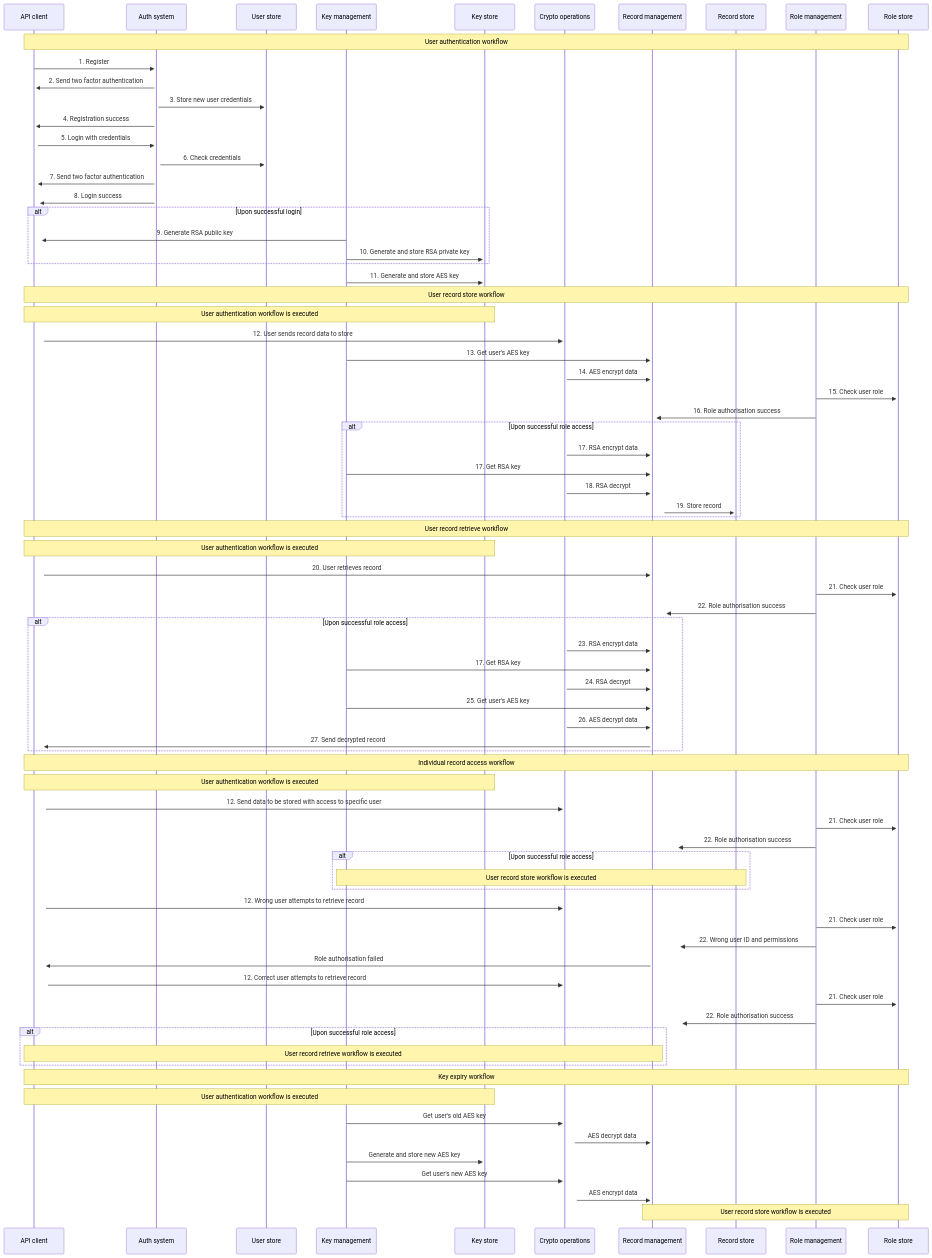
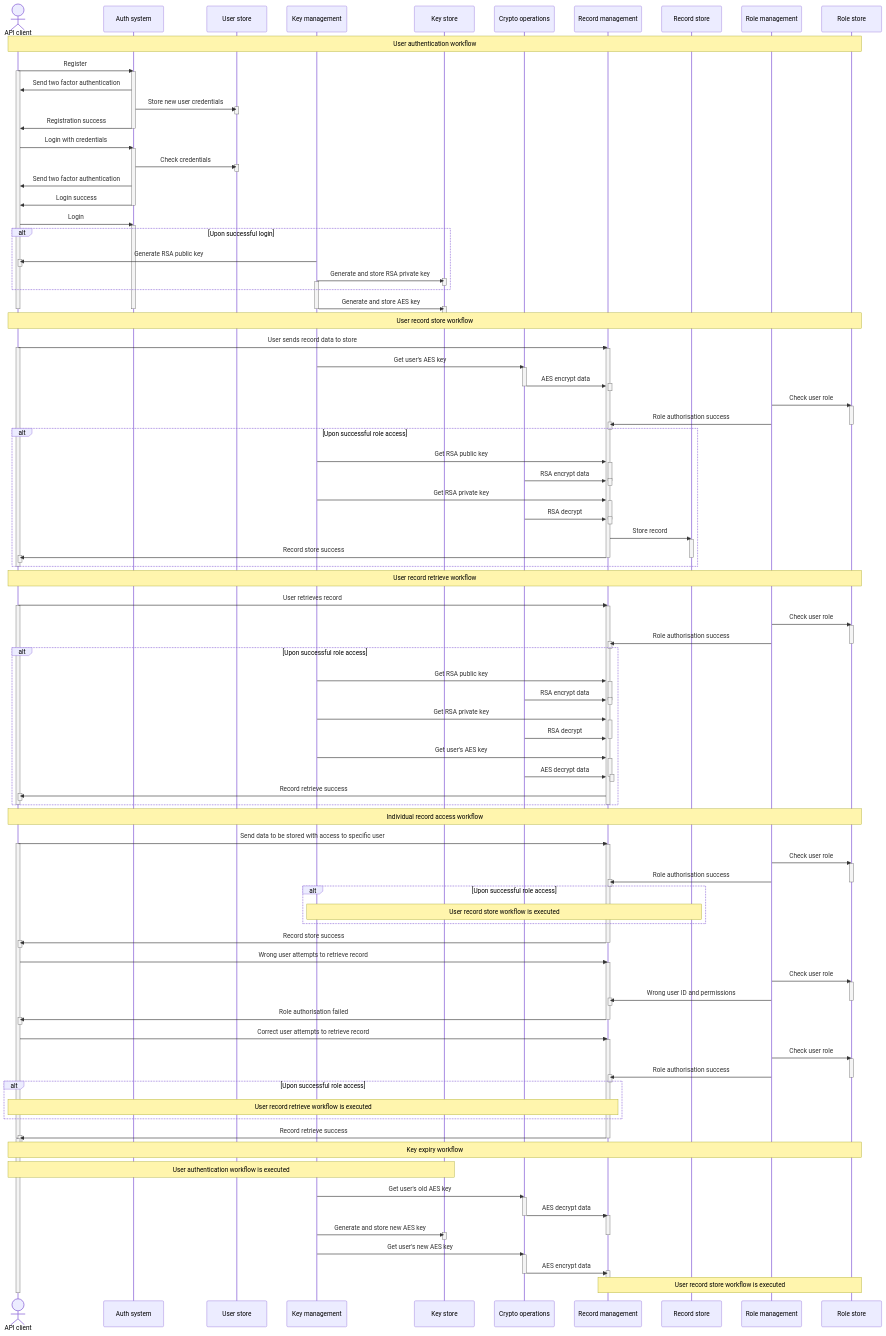
Before and after one commit to iArcanic/iss-cw: the diagram in docs/iss-sequence-diagram.mmd, drawn with Mermaid. The commit also changed 2 other files, not shown here.

Commit message:
Added more detail to README and fixed sequence diagram

```diff
--- a/docs/iss-sequence-diagram.mmd
+++ b/docs/iss-sequence-diagram.mmd
@@ -1,87 +1,192 @@
 sequenceDiagram
-    participant user as API client
+    actor user as API client
     participant auth as Auth system
     participant user_store as User store
     participant key_management as Key management
     participant key_store as Key store
     participant crypto as Crypto operations
     participant record_management as Record management
     participant record_store as Record store
     participant role_management as Role management
     participant role_store as Role store
 
     %% User auth workflow
     Note over user,role_store: User authentication workflow
-    user->>+auth: 1. Register
-    auth->>+user: 2. Send two factor authentication
-    auth->>+user_store: 3. Store new user credentials
-    auth->>+user: 4. Registration success
-    user->>+auth: 5. Login with credentials
-    auth->>+user_store: 6. Check credentials
-    auth->>+user: 7. Send two factor authentication
-    auth->>+user: 8. Login success
+    user->>auth: Register
+    activate user
+    activate auth
+    auth->>user: Send two factor authentication
+    auth->>user_store: Store new user credentials
+    activate user_store
+    deactivate user_store
+    auth->>user: Registration success
+    deactivate auth
+    user->>auth: Login with credentials
+    activate auth
+    auth->>user_store: Check credentials
+    activate user_store
+    deactivate user_store
+    auth->>user: Send two factor authentication
+    auth->>user: Login success
+    deactivate auth
+    user->>auth: Login
+    activate auth
     alt Upon successful login
-        key_management->>+user: 9. Generate RSA public key
-        key_management->>+key_store: 10. Generate and store RSA private key
+        key_management->>user: Generate RSA public key
+        activate user
+        deactivate user
+        key_management->>key_store: Generate and store RSA private key
+        activate key_store
+        deactivate key_store
+        activate key_management
     end
-    key_management->>+key_store: 11. Generate and store AES key
+    key_management->>key_store: Generate and store AES key
+    activate key_store
+    deactivate key_store
+    deactivate key_management
+    deactivate auth
+    deactivate user
 
     %% Record store workflow
     Note over user,role_store: User record store workflow
-    Note over user,key_store: User authentication workflow is executed
-    user->>+crypto: 12. User sends record data to store
-    key_management->>+record_management: 13. Get user's AES key
-    crypto->>+record_management: 14. AES encrypt data
-    role_management->>+role_store: 15. Check user role
-    role_management->>+record_management: 16. Role authorisation success
+    user->>record_management: User sends record data to store
+    activate user
+    activate record_management
+    key_management->>crypto: Get user's AES key
+    activate crypto
+    crypto->>record_management: AES encrypt data
+    deactivate crypto
+    activate record_management
+    deactivate record_management
+    role_management->>role_store: Check user role
+    activate role_store
+    role_management->>record_management: Role authorisation success
+    activate record_management
+    deactivate record_management
+    deactivate role_store
     alt Upon successful role access
-        crypto->>+record_management: 17. RSA encrypt data
-        key_management->>+record_management: 17. Get RSA key
-        crypto->>+record_management: 18. RSA decrypt
-        record_management->>+record_store: 19. Store record
+        key_management->>record_management: Get RSA public key
+        activate record_management
+        crypto->>record_management: RSA encrypt data
+        deactivate record_management
+        activate record_management
+        deactivate record_management
+        key_management->>record_management: Get RSA private key
+        activate record_management
+        crypto->>record_management: RSA decrypt
+        deactivate record_management
+        activate record_management
+        deactivate record_management
+        record_management->>record_store: Store record
+        activate record_store
+        record_management->>user: Record store success
+        activate user
+        deactivate user
+        deactivate record_store
+        deactivate record_management
     end
+    deactivate user
 
     %% Record retrieve workflow
     Note over user,role_store: User record retrieve workflow
-    Note over user,key_store: User authentication workflow is executed
-    user->>+record_management: 20. User retrieves record
-    role_management->>+role_store: 21. Check user role
-    role_management->>+record_management: 22. Role authorisation success
+    user->>record_management: User retrieves record
+    activate user
+    activate record_management
+    role_management->>role_store: Check user role
+    activate role_store
+    role_management->>record_management: Role authorisation success
+    activate record_management
+    deactivate record_management
+    deactivate role_store
     alt Upon successful role access
-        crypto->>+record_management: 23. RSA encrypt data
-        key_management->>+record_management: 17. Get RSA key
-        crypto->>+record_management: 24. RSA decrypt
-        key_management->>+record_management: 25. Get user's AES key
-        crypto->>+record_management: 26. AES decrypt data
-        record_management->>+user: 27. Send decrypted record
+        key_management->>record_management: Get RSA public key
+        activate record_management
+        crypto->>record_management: RSA encrypt data
+        deactivate record_management
+        activate record_management
+        deactivate record_management
+        key_management->>record_management: Get RSA private key
+        activate record_management
+        crypto->>record_management: RSA decrypt
+        deactivate record_management
+        key_management->>record_management: Get user's AES key
+        activate record_management
+        crypto->>record_management: AES decrypt data
+        activate record_management
+        deactivate record_management
+        deactivate record_management
+        record_management->>user: Record retrieve success
+        activate user
+        deactivate user
     end
+    deactivate user
+    deactivate record_management
 
     %% Individual record access workflow
     Note over user,role_store: Individual record access workflow
-    Note over user,key_store: User authentication workflow is executed
-    user->>+crypto: 12. Send data to be stored with access to specific user
-    role_management->>+role_store: 21. Check user role
-    role_management->>+record_management: 22. Role authorisation success
+    user->>record_management: Send data to be stored with access to specific user
+    activate user
+    activate record_management
+    role_management->>role_store: Check user role
+    activate role_store
+    role_management->>record_management: Role authorisation success
+    activate record_management
+    deactivate record_management
+    deactivate role_store
     alt Upon successful role access
         Note over key_management,record_store: User record store workflow is executed
     end
-    user->>+crypto: 12. Wrong user attempts to retrieve record
-    role_management->>+role_store: 21. Check user role
-    role_management->>+record_management: 22. Wrong user ID and permissions
-    record_management->>+user: Role authorisation failed
-    user->>+crypto: 12. Correct user attempts to retrieve record
-    role_management->>+role_store: 21. Check user role
-    role_management->>+record_management: 22. Role authorisation success
+    record_management->>user: Record store success
+    activate user
+    deactivate user
+    deactivate record_management
+    user->>record_management: Wrong user attempts to retrieve record
+    activate record_management
+    role_management->>role_store: Check user role
+    activate role_store
+    role_management->>record_management: Wrong user ID and permissions
+    activate record_management
+    deactivate record_management
+    deactivate role_store
+    record_management->>user: Role authorisation failed
+    activate user
+    deactivate user
+    deactivate record_management
+    user->>record_management: Correct user attempts to retrieve record
+    activate record_management
+    role_management->>role_store: Check user role
+    activate role_store
+    role_management->>record_management: Role authorisation success
+    activate record_management
+    deactivate record_management
+    deactivate role_store
     alt Upon successful role access
         Note over user,record_management: User record retrieve workflow is executed
     end
+    record_management->>user: Record retrieve success
+    activate user
+    deactivate user
+    deactivate record_management
+    deactivate user
 
     %% Key expiry workflow
+    activate user
     Note over user,role_store: Key expiry workflow
     Note over user,key_store: User authentication workflow is executed
-    key_management->>+crypto: Get user's old AES key
-    crypto->>+record_management: AES decrypt data
-    key_management->>+key_store: Generate and store new AES key
-    key_management->>+crypto: Get user's new AES key
-    crypto->>+record_management: AES encrypt data
+    key_management->>crypto: Get user's old AES key
+    activate crypto
+    crypto->>record_management: AES decrypt data
+    activate record_management
+    deactivate crypto
+    key_management->>key_store: Generate and store new AES key
+    activate key_store
+    deactivate key_store
+    deactivate record_management
+    key_management->>crypto: Get user's new AES key
+    activate crypto
+    crypto->>record_management: AES encrypt data
+    activate record_management
+    deactivate record_management
+    deactivate crypto
     Note over record_management,role_store: User record store workflow is executed
+    deactivate user
```
